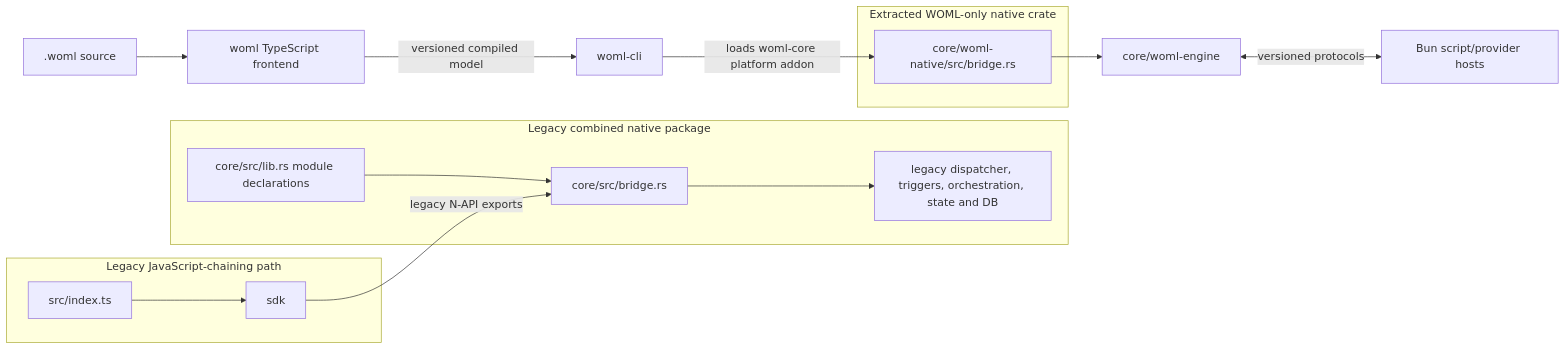
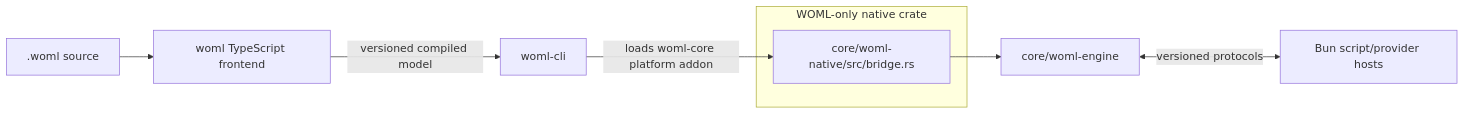
One commit to dali-benothmen/woml changed the diagram in WOML Legacy Cronflow Core Audit and Removal Map.md. Above: the diagram before and after it, drawn with Mermaid. The commit also changed other lines of this file and 35 other files, not shown here.

````diff
--- a/WOML Legacy Cronflow Core Audit and Removal Map.md
+++ b/WOML Legacy Cronflow Core Audit and Removal Map.md
@@ -71,36 +72,20 @@
 ```mermaid
 flowchart LR
   Source[.woml source]
   Frontend[woml TypeScript frontend]
   CLI[woml-cli]
 
-  subgraph Shell[Legacy combined native package]
-    Lib[core/src/lib.rs module declarations]
-    LegacyBridge[core/src/bridge.rs]
-    LegacyGraph[legacy dispatcher, triggers, orchestration, state and DB]
-
-    Lib --> LegacyBridge
-    LegacyBridge --> LegacyGraph
-  end
-
-  subgraph Native[Extracted WOML-only native crate]
+  subgraph Native[WOML-only native crate]
     Adapter[core/woml-native/src/bridge.rs]
   end
 
   Engine[core/woml-engine]
   Host[Bun script/provider hosts]
 
   Source --> Frontend
   Frontend -->|versioned compiled model| CLI
   CLI -->|loads woml-core platform addon| Adapter
   Adapter --> Engine
   Engine <-->|versioned protocols| Host
 
-  subgraph Legacy[Legacy JavaScript-chaining path]
-    Public[src/index.ts]
-    SDK[sdk]
-
-    Public --> SDK
-    SDK -->|legacy N-API exports| LegacyBridge
-  end
 ```
````
